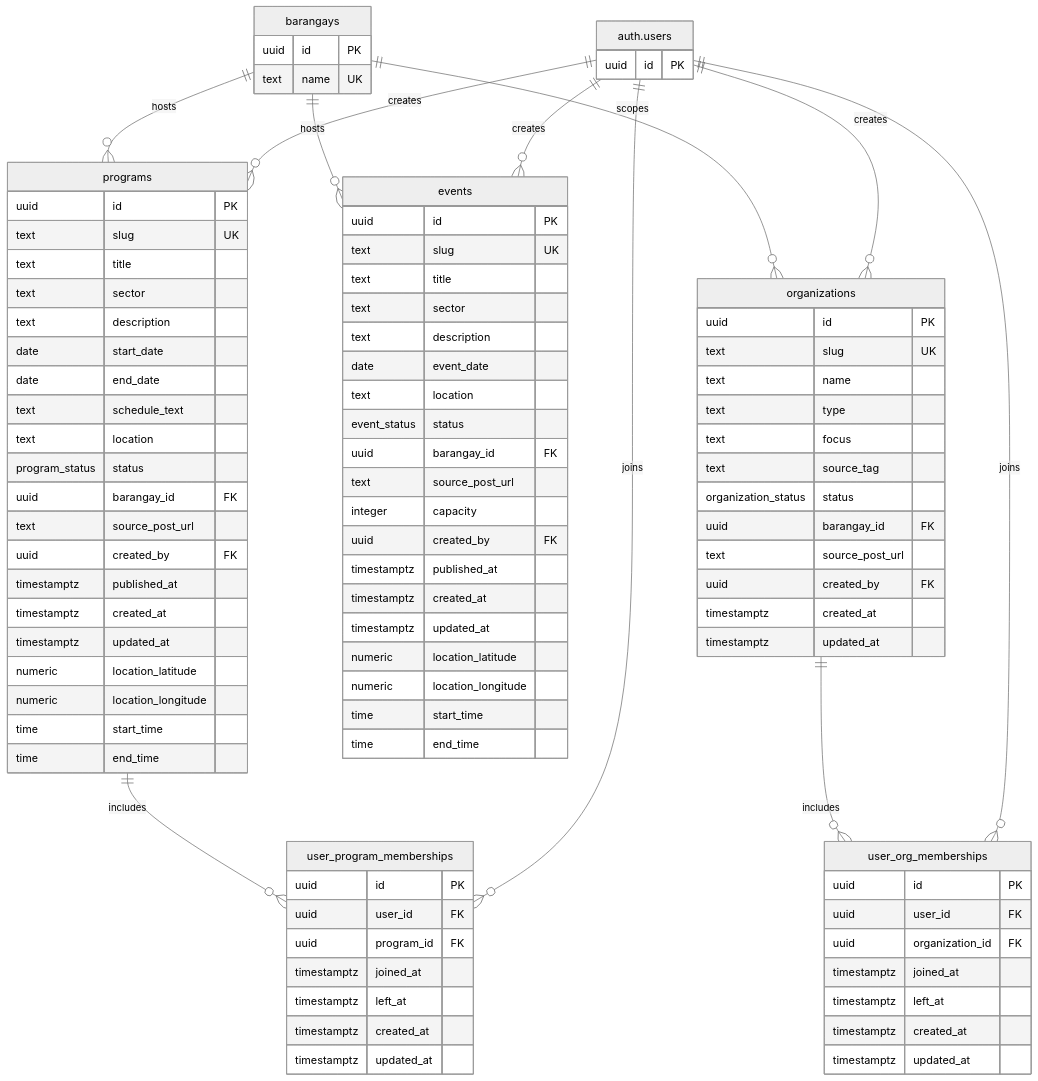
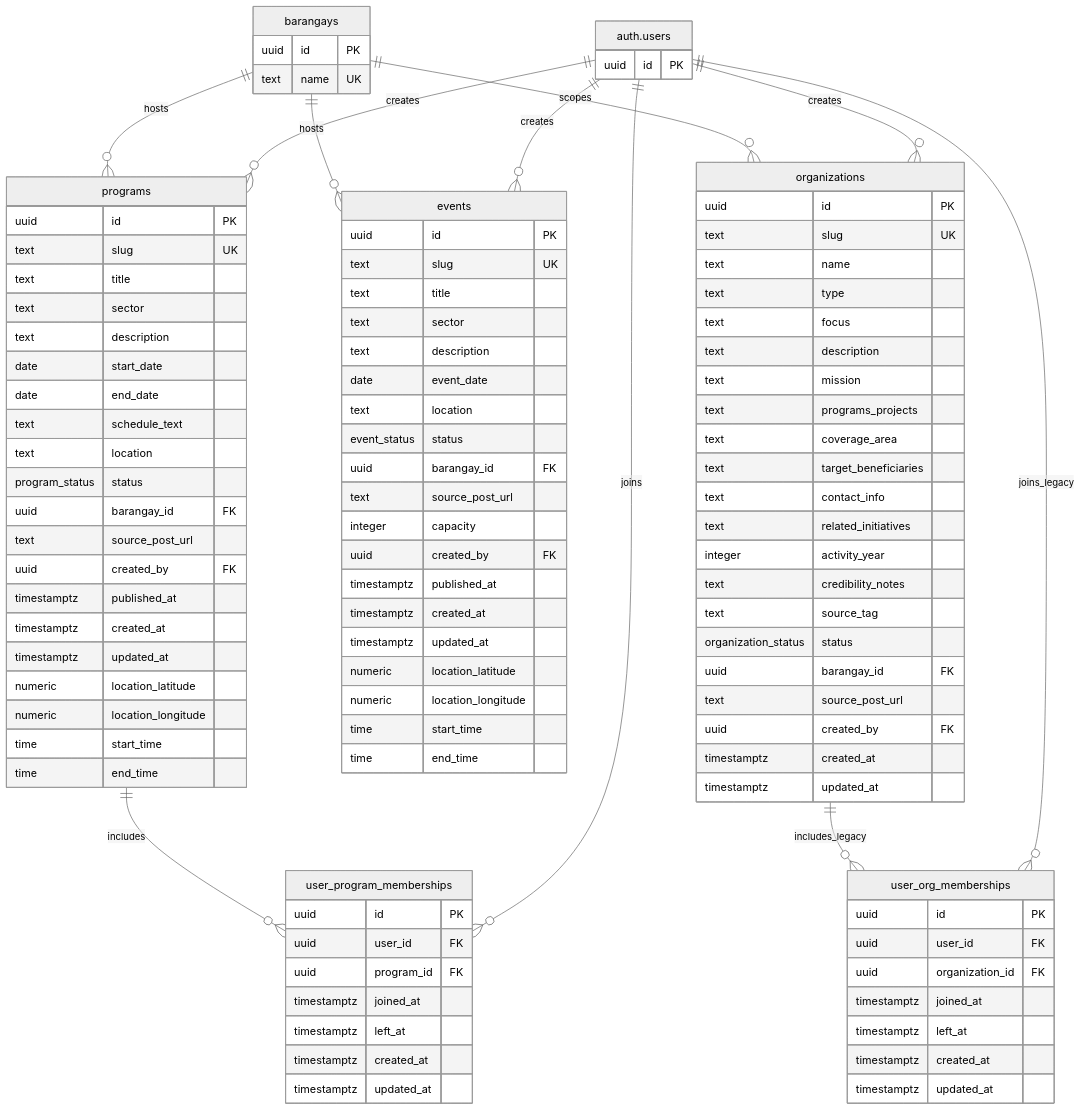
Before and after one commit to txiaoqt/lydo-connect-org-focused: the fourth of 9 diagrams in Methodology/3.2.4-Database-Schema.md, drawn with Mermaid (neutral theme). The commit also changed other lines of this file and 63 other files, not shown here.

```diff
--- a/Methodology/3.2.4-Database-Schema.md
+++ b/Methodology/3.2.4-Database-Schema.md
@@ -402,12 +412,12 @@
     auth.users ||--o{ events : creates
     auth.users ||--o{ organizations : creates
     auth.users ||--o{ user_program_memberships : joins
-    auth.users ||--o{ user_org_memberships : joins
+    auth.users ||--o{ user_org_memberships : joins_legacy
     barangays ||--o{ programs : hosts
     barangays ||--o{ events : hosts
     barangays ||--o{ organizations : scopes
     programs ||--o{ user_program_memberships : includes
-    organizations ||--o{ user_org_memberships : includes
+    organizations ||--o{ user_org_memberships : includes_legacy
 
     auth.users {
       uuid id PK
@@ -469,6 +479,15 @@
       text name
       text type
       text focus
+      text description
+      text mission
+      text programs_projects
+      text coverage_area
+      text target_beneficiaries
+      text contact_info
+      text related_initiatives
+      integer activity_year
+      text credibility_notes
       text source_tag
       organization_status status
       uuid barangay_id FK
```
